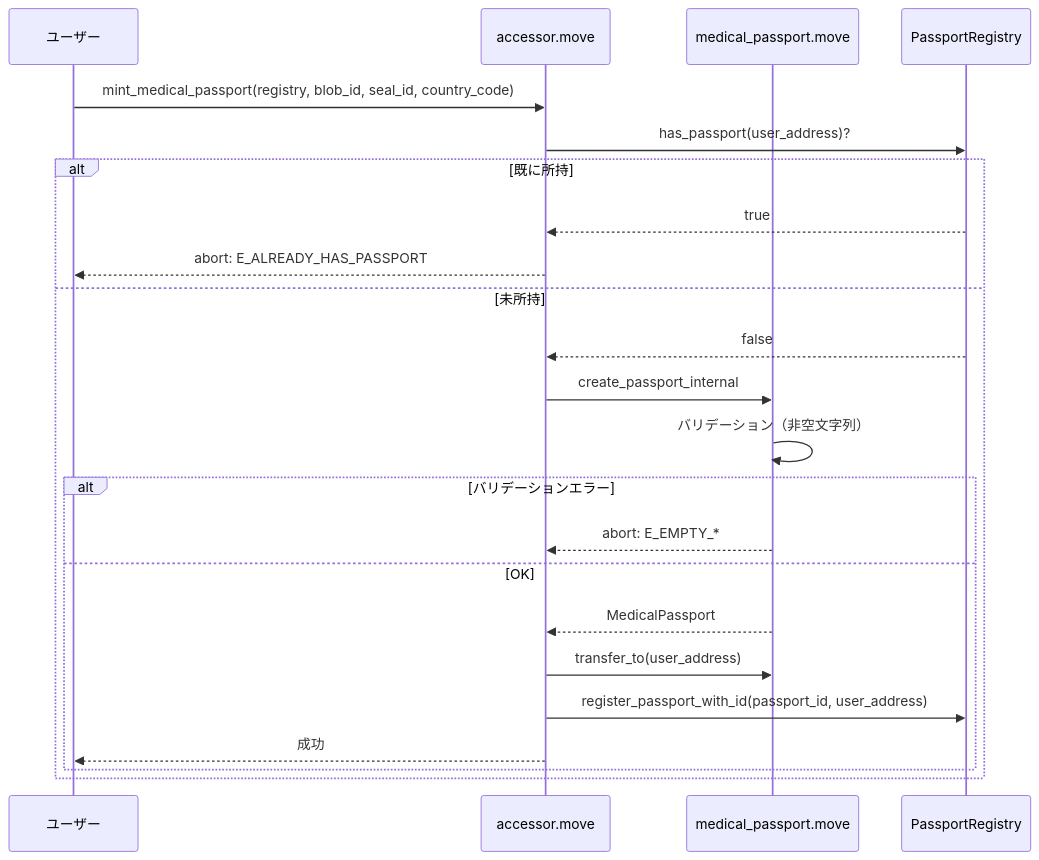
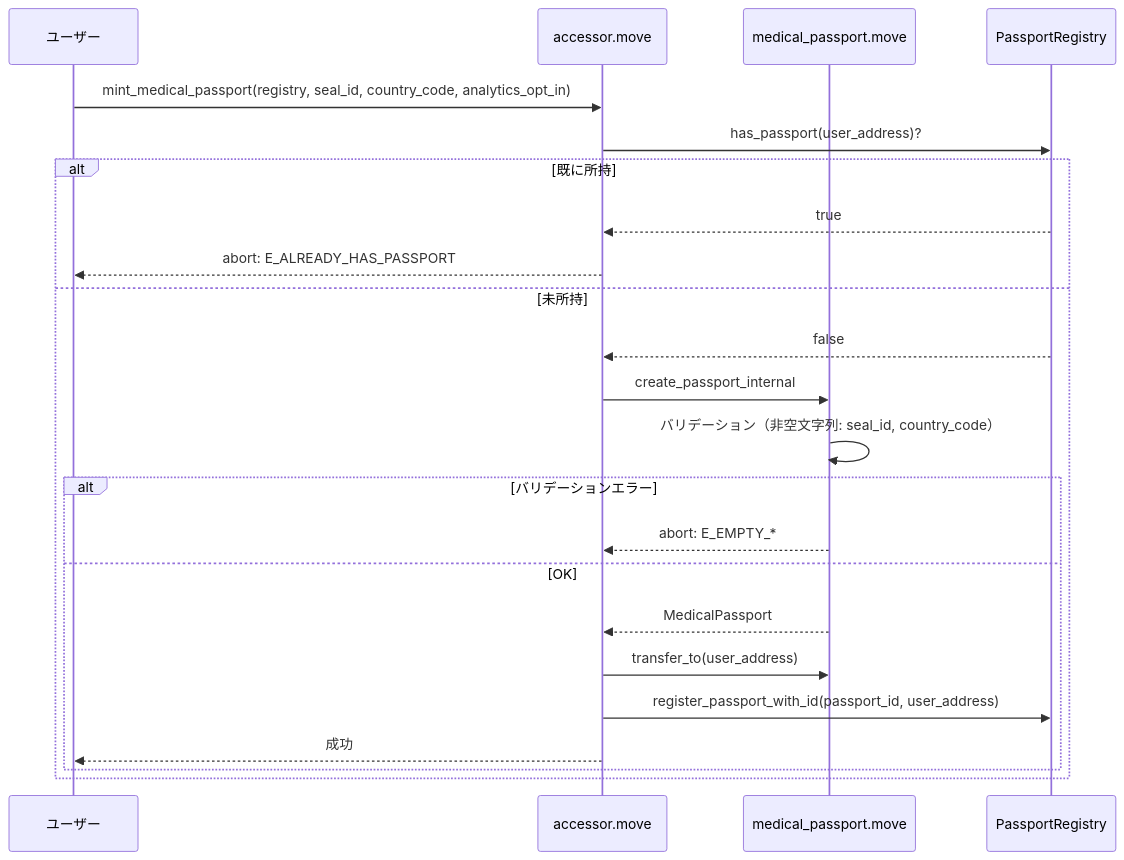
One commit to UnagiLabs/cure_pocket changed the fourth of 6 diagrams in docs/contract.md. Above: the diagram before and after it, drawn with Mermaid. The commit also changed other lines of this file, not shown here.

````diff
--- a/docs/contract.md
+++ b/docs/contract.md
@@ -308,26 +322,26 @@
 ```mermaid
 sequenceDiagram
     participant User as ユーザー
     participant ACC as accessor.move
     participant MP as medical_passport.move
     participant REG as PassportRegistry
 
-    User->>ACC: mint_medical_passport(registry, blob_id, seal_id, country_code)
+    User->>ACC: mint_medical_passport(registry, seal_id, country_code, analytics_opt_in)
     ACC->>REG: has_passport(user_address)?
     alt 既に所持
         REG-->>ACC: true
         ACC-->>User: abort: E_ALREADY_HAS_PASSPORT
     else 未所持
         REG-->>ACC: false
         ACC->>MP: create_passport_internal
-        MP->>MP: バリデーション（非空文字列）
+        MP->>MP: バリデーション（非空文字列: seal_id, country_code）
         alt バリデーションエラー
             MP-->>ACC: abort: E_EMPTY_*
         else OK
             MP-->>ACC: MedicalPassport
             ACC->>MP: transfer_to(user_address)
             ACC->>REG: register_passport_with_id(passport_id, user_address)
             ACC-->>User: 成功
         end
     end
 ```
````
